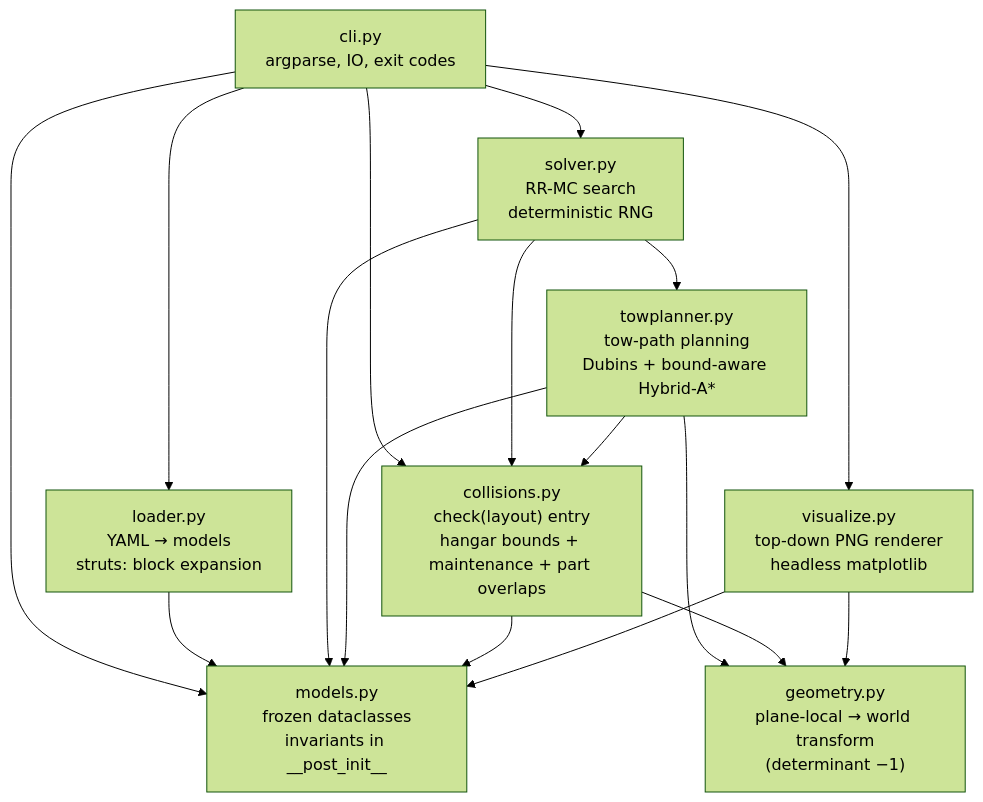
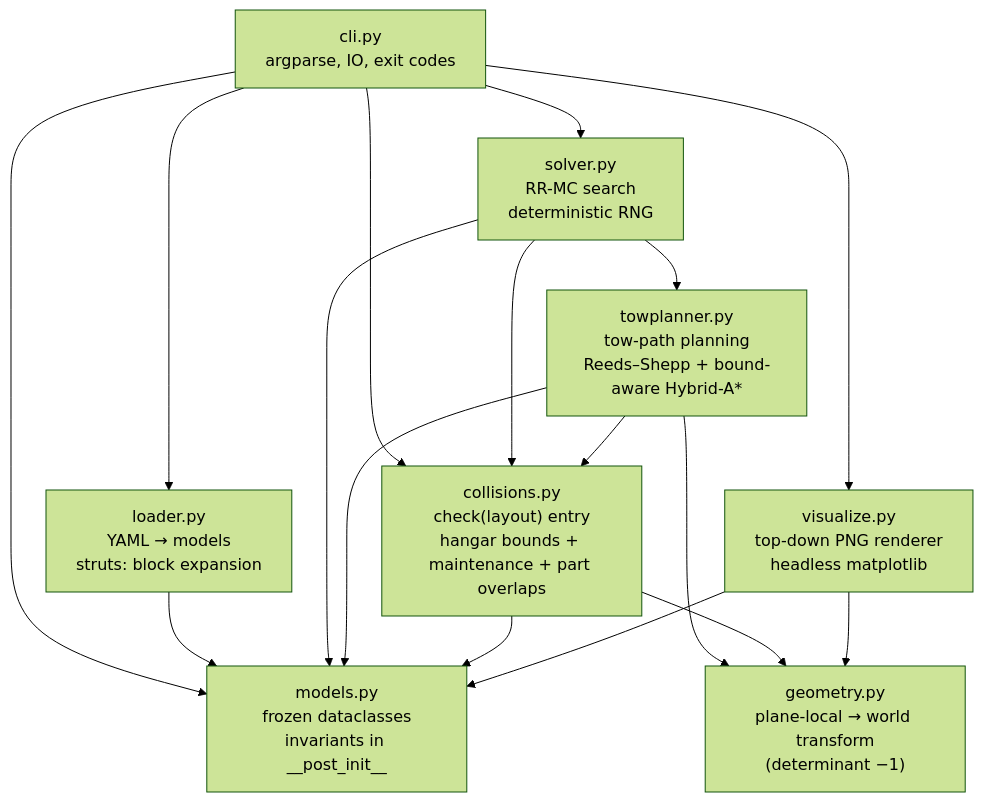
Before and after one commit to DocGerd/hangarfit: the diagram in docs/architecture/05-building-block-view.md, drawn with Mermaid (forest theme). The commit also changed other lines of this file and 10 other files, not shown here.

First line of the commit message:
feat(towplanner): Reeds–Shepp motion model — reverse arcs eliminate reorientation loops (#261) (#269)

````diff
--- a/docs/architecture/05-building-block-view.md
+++ b/docs/architecture/05-building-block-view.md
@@ -9,33 +9,33 @@
 ```mermaid
 flowchart TD
     cli["cli.py<br/>argparse, IO, exit codes"]
     loader["loader.py<br/>YAML → models<br/>struts: block expansion"]
     models["models.py<br/>frozen dataclasses<br/>invariants in __post_init__"]
     geometry["geometry.py<br/>plane-local → world transform<br/>(determinant −1)"]
     collisions["collisions.py<br/>check(layout) entry<br/>hangar bounds + maintenance + part overlaps"]
     solver["solver.py<br/>RR-MC search<br/>deterministic RNG"]
-    towplanner["towplanner.py<br/>tow-path planning<br/>Dubins + bound-aware Hybrid-A*"]
+    towplanner["towplanner.py<br/>tow-path planning<br/>Reeds–Shepp + bound-aware Hybrid-A*"]
     visualize["visualize.py<br/>top-down PNG renderer<br/>headless matplotlib"]
 
     cli --> loader
     cli --> collisions
     cli --> solver
     cli --> visualize
     cli --> models
 
     loader --> models
 
     solver --> collisions
     solver --> models
     solver --> towplanner
 
     towplanner --> collisions
     towplanner --> geometry
     towplanner --> models
 
     collisions --> geometry
     collisions --> models
 
     visualize --> geometry
     visualize --> models
 ```
````
